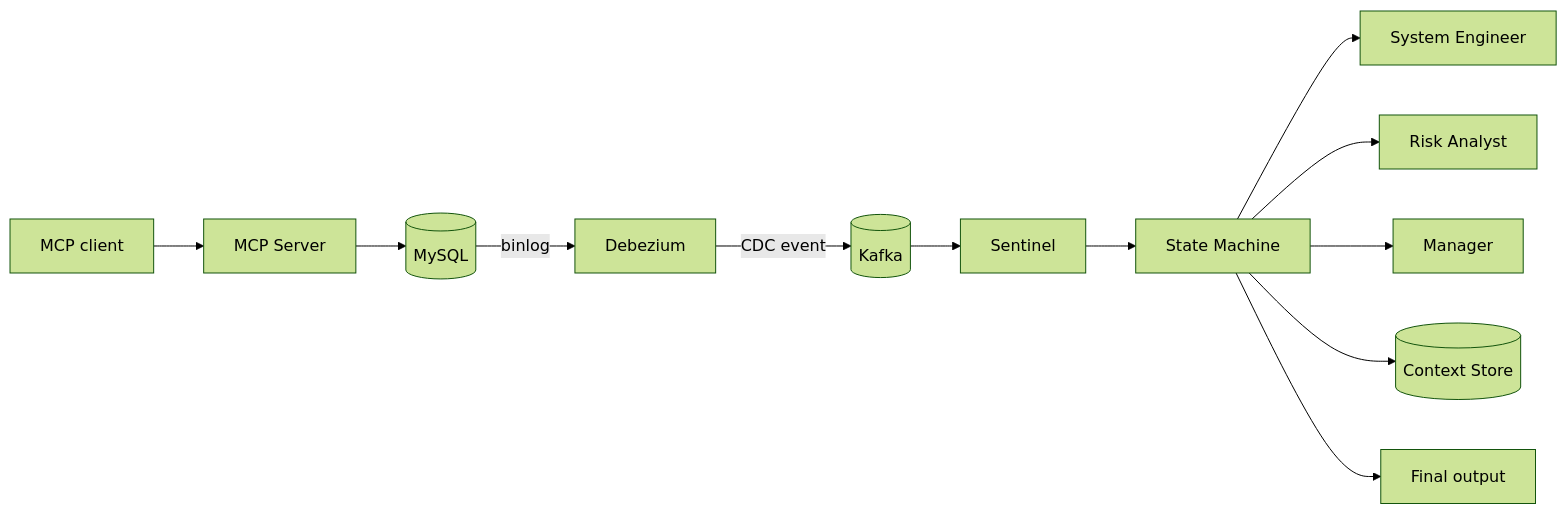
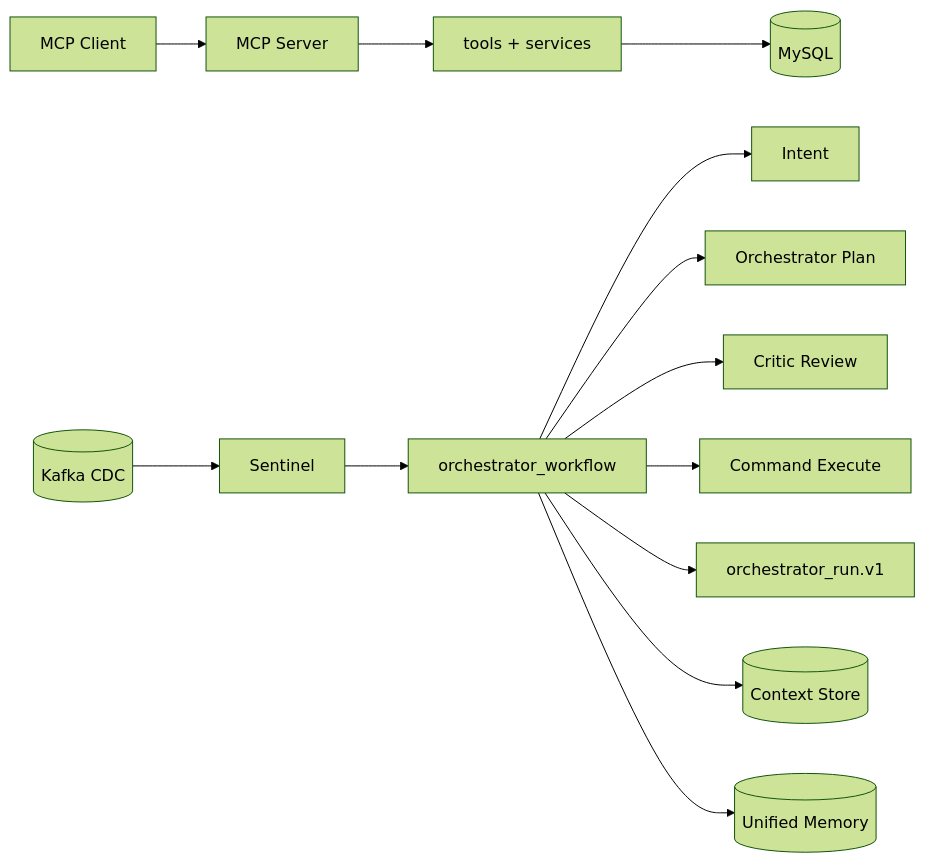
Before and after one commit to Zheng-Chuan/RiskMonitor-MultiAgent: the diagram in docs/ARCHITECTURE.md, drawn with Mermaid (forest theme). The commit also changed other lines of this file and 106 other files, not shown here.

Commit message:
refactor: simplify architecture and docs, harden orchestrator workflow

````diff
--- a/docs/ARCHITECTURE.md
+++ b/docs/ARCHITECTURE.md
@@ -15,15 +12,16 @@
 ```mermaid
 flowchart LR
-  DB[(MySQL)] -->|binlog| Deb[Debezium]
-  Deb -->|CDC event| K[(Kafka)]
-  K --> Sen[Sentinel]
-  Sen --> SM[State Machine]
-  SM --> Eng[System Engineer]
-  SM --> Ana[Risk Analyst]
-  SM --> Mgr[Manager]
-  SM --> CS[(Context Store)]
-  SM --> Out[Final output]
+  User[MCP Client] --> Server[MCP Server]
+  Server --> Tools[tools + services]
+  Tools --> DB[(MySQL)]
 
-  Client[MCP client] --> MCP[MCP Server]
-  MCP --> DB
+  CDC[(Kafka CDC)] --> Sentinel[Sentinel]
+  Sentinel --> WF[orchestrator_workflow]
+  WF --> Intent[Intent]
+  WF --> Plan[Orchestrator Plan]
+  WF --> Critic[Critic Review]
+  WF --> Exec[Command Execute]
+  WF --> Final[orchestrator_run.v1]
+  WF --> Context[(Context Store)]
+  WF --> Memory[(Unified Memory)]
 ```
````
